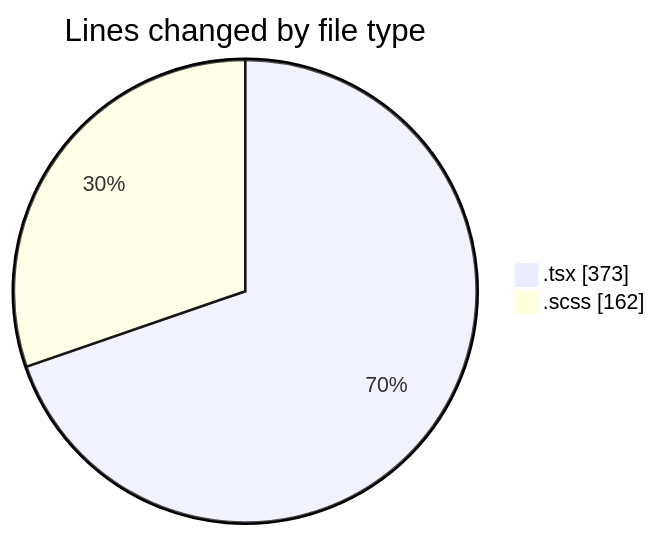
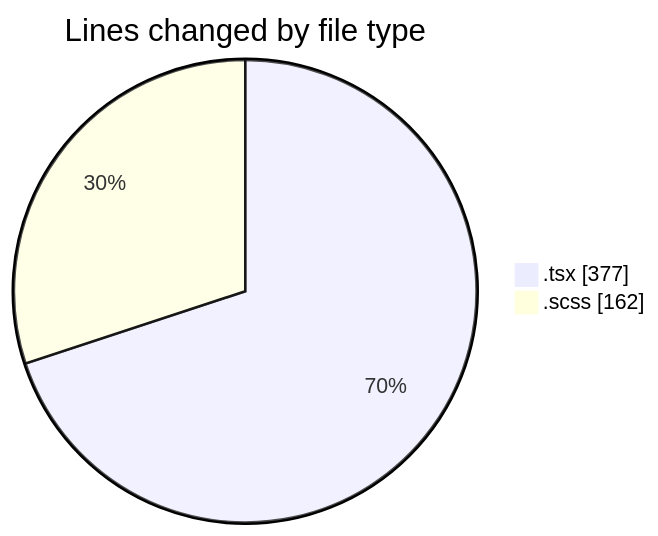
The first of 2 diagrams in 2026-04-16/cda/README.md (momahboobian/code-tracking), drawn with Mermaid before and after one commit. The commit also changed other lines of this file and 1 other file, not shown here.

````diff
--- a/2026-04-16/cda/README.md
+++ b/2026-04-16/cda/README.md
@@ -22,6 +22,6 @@
 ```mermaid
 pie showData
 title Lines changed by file type
-".tsx" : 373
+".tsx" : 377
 ".scss" : 162
 ```
````
